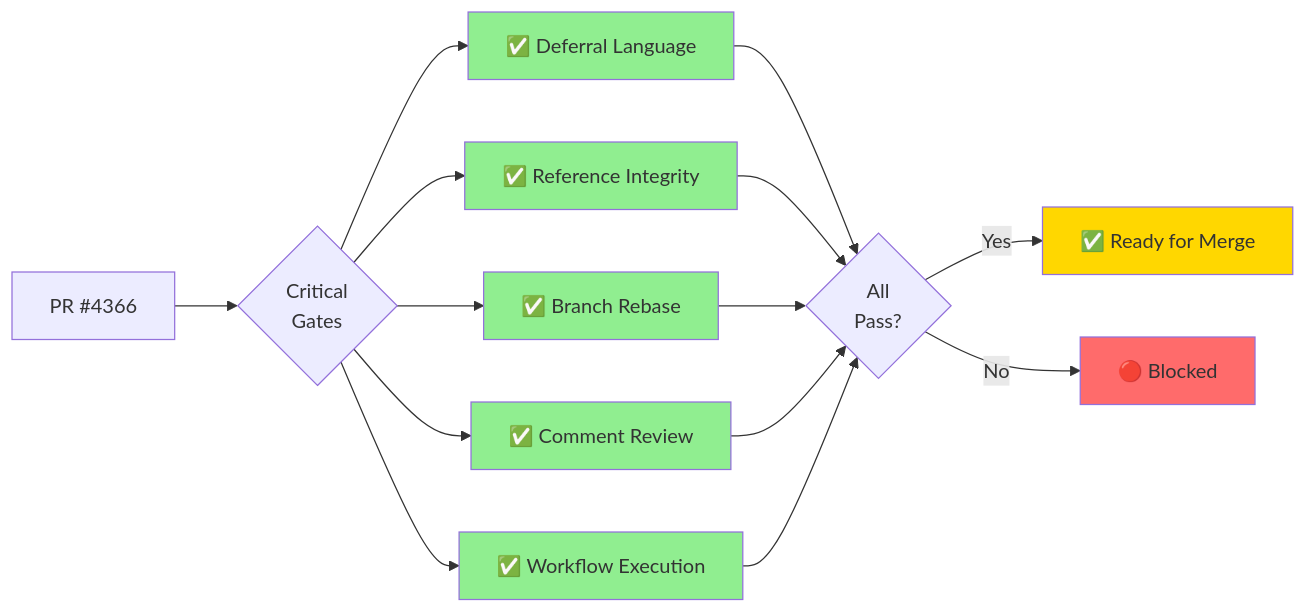
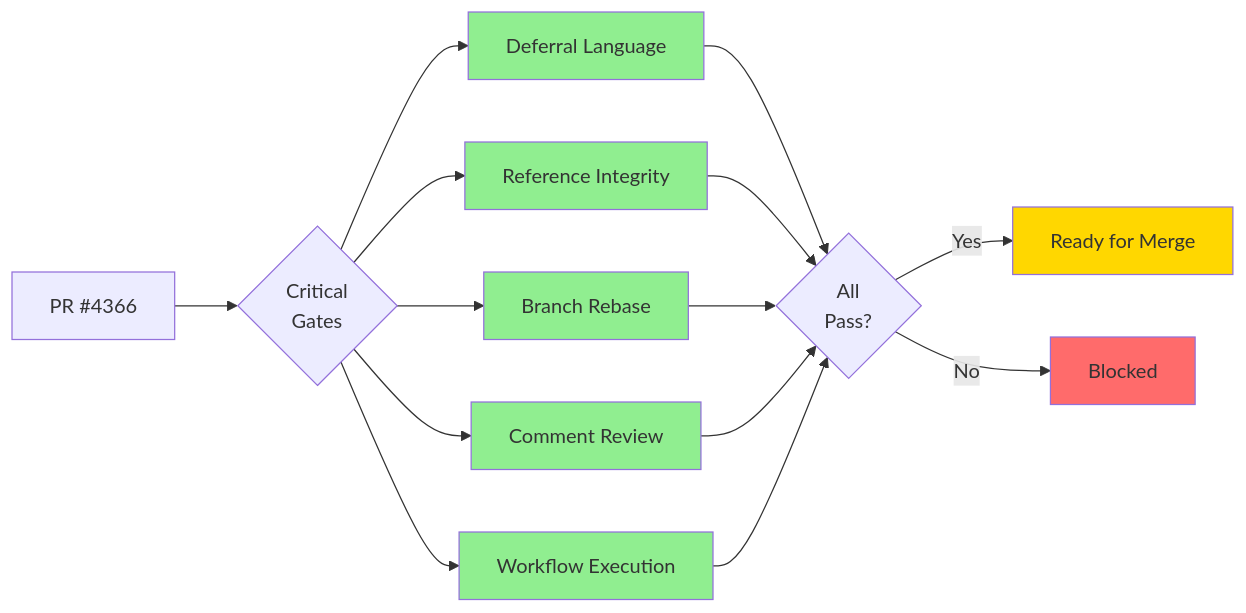
One commit to Aries-Serpent/_codex_ changed the third of 4 diagrams in docs/roadmap/PR4366_whats_next.md. Above: the diagram before and after it, drawn with Mermaid. The commit also changed other lines of this file and 2029 other files, not shown here.

````diff
--- a/docs/roadmap/PR4366_whats_next.md
+++ b/docs/roadmap/PR4366_whats_next.md
@@ -220,28 +222,28 @@
 ```mermaid
-%%{init: {'accessibility': {'title': 'Flowchart showing PR #4366, ✅ Deferral Language'}}%%
+%%{init: {'accessibility': {'title': 'Flowchart showing PR #4366,  Deferral Language'}}%%
 graph LR
     A[PR #4366] --> B{Critical<br/>Gates}
 
-    B --> C[✅ Deferral Language]
-    B --> D[✅ Reference Integrity]
-    B --> E[✅ Branch Rebase]
-    B --> F[✅ Comment Review]
-    B --> G[✅ Workflow Execution]
+    B --> C[ Deferral Language]
+    B --> D[ Reference Integrity]
+    B --> E[ Branch Rebase]
+    B --> F[ Comment Review]
+    B --> G[ Workflow Execution]
 
     C --> H{All<br/>Pass?}
     D --> H
     E --> H
     F --> H
     G --> H
 
-    H -->|Yes| I[✅ Ready for Merge]
-    H -->|No| J[🔴 Blocked]
+    H -->|Yes| I[ Ready for Merge]
+    H -->|No| J[ Blocked]
 
     style C fill:#90EE90
     style D fill:#90EE90
     style E fill:#90EE90
     style F fill:#90EE90
     style G fill:#90EE90
     style I fill:#FFD700
     style J fill:#FF6B6B
 ```
````
